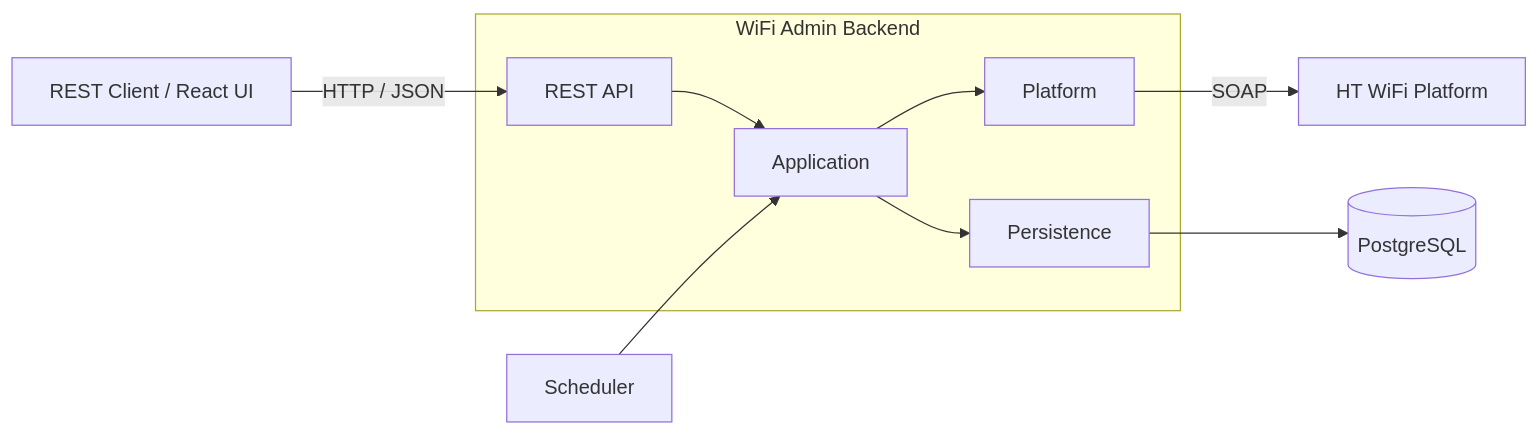
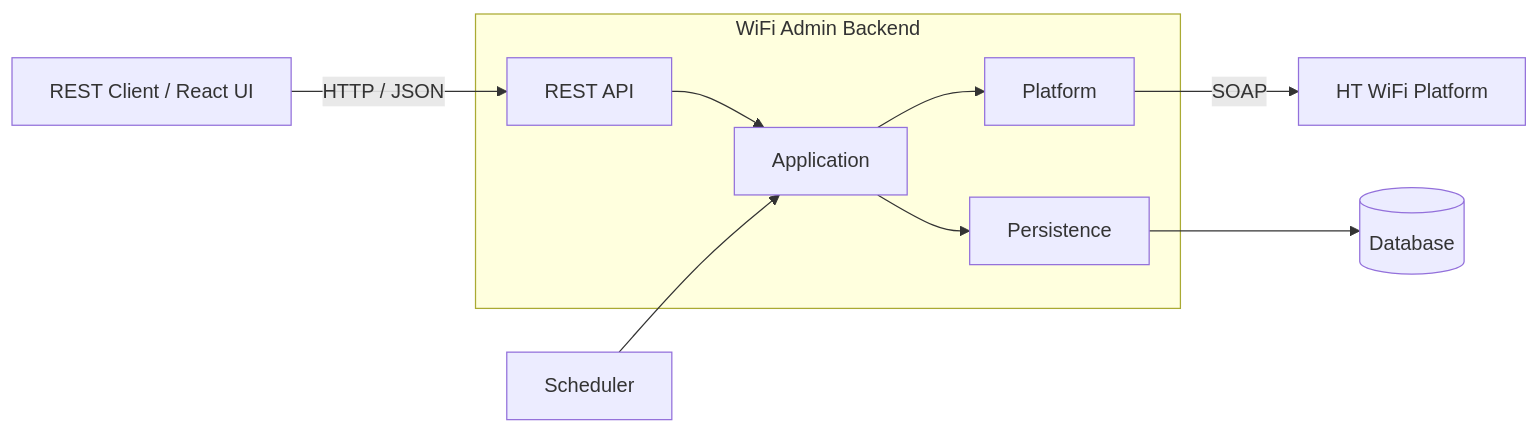
One commit to meowpow-png/wifi-admin changed the first of 4 diagrams in docs/ARCHITECTURE.md. Above: the diagram before and after it, drawn with Mermaid. The commit also changed other lines of this file and 1 other file, not shown here.

````diff
--- a/docs/ARCHITECTURE.md
+++ b/docs/ARCHITECTURE.md
@@ -21,26 +23,26 @@
 ```mermaid
 flowchart LR
     Client["REST Client / React UI"]
     Scheduler["Scheduler"]
 
     subgraph Backend["WiFi Admin Backend"]
         API["REST API"]
         APP["Application"]
         PLATFORM["Platform"]
         PERSISTENCE["Persistence"]
     end
 
-    DB[("PostgreSQL")]
+    DB[("Database")]
     SOAP["HT WiFi Platform"]
 
     Client -->|HTTP / JSON| API
     API --> APP
 
     Scheduler --> APP
 
     APP --> PLATFORM
     APP --> PERSISTENCE
 
     PLATFORM -->|SOAP| SOAP
     PERSISTENCE --> DB
 ```
````
